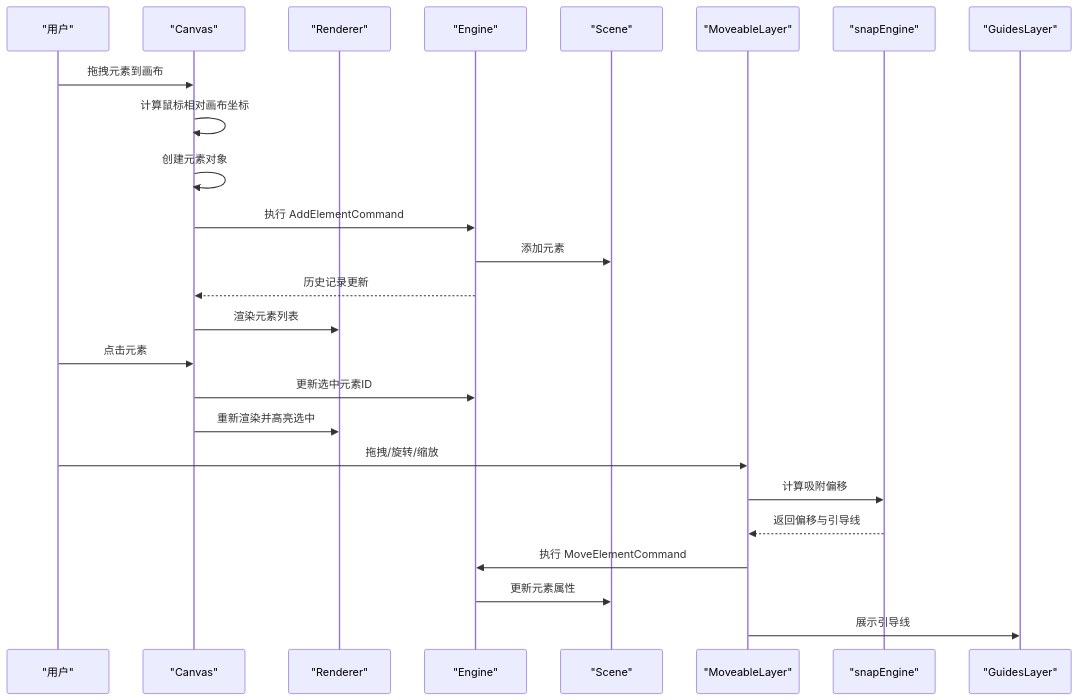
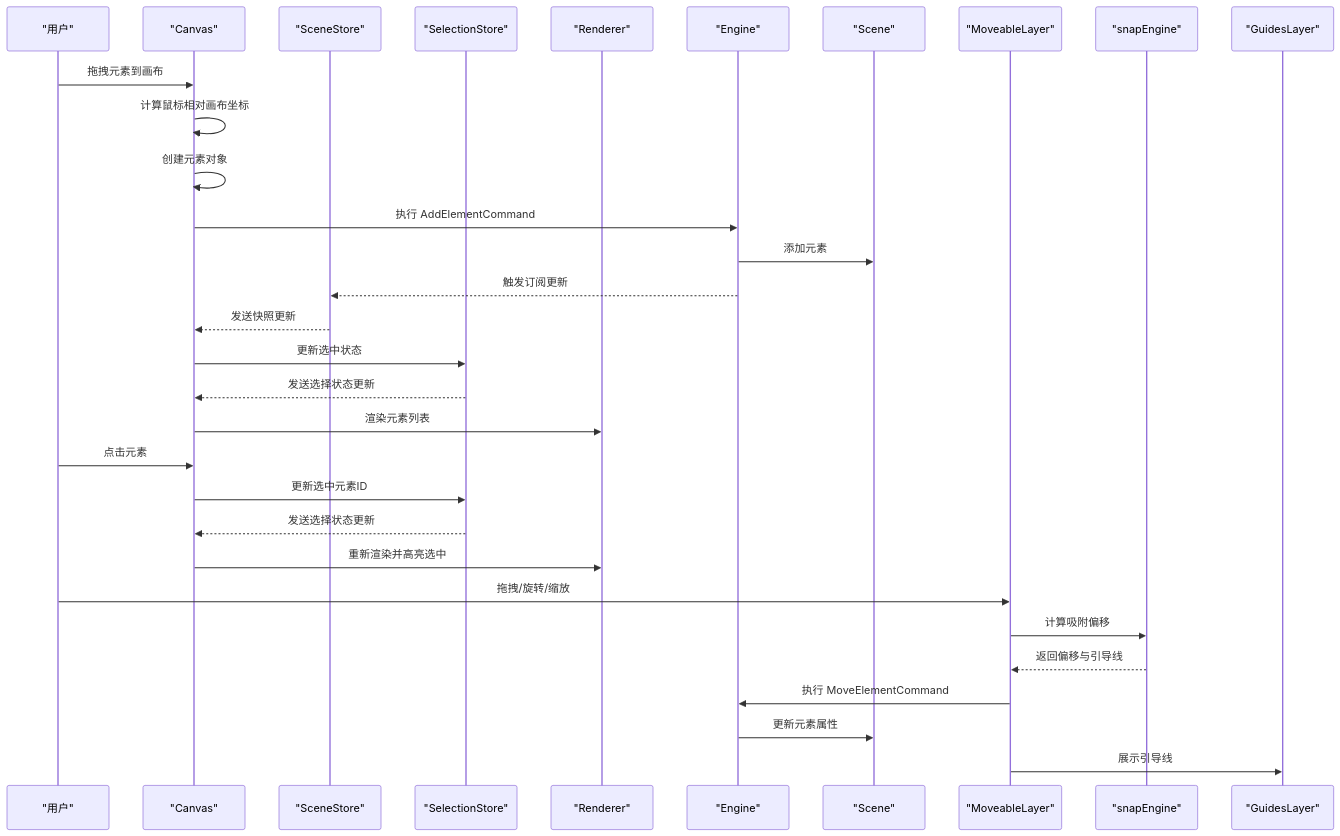
The second of 5 diagrams in .qoder/repowiki/zh/content/UI组件系统/画布组件 (Canvas).md (Anna0314zy/ai_editor_enginer), drawn with Mermaid before and after one commit. The commit also changed other lines of this file and 17 other files, not shown here.

````diff
--- a/.qoder/repowiki/zh/content/UI组件系统/画布组件 (Canvas).md
+++ b/.qoder/repowiki/zh/content/UI组件系统/画布组件 (Canvas).md
@@ -98,27 +131,33 @@
 ```mermaid
 sequenceDiagram
 participant User as "用户"
 participant Canvas as "Canvas"
+participant SceneStore as "SceneStore"
+participant SelectionStore as "SelectionStore"
 participant Renderer as "Renderer"
 participant Engine as "Engine"
 participant Scene as "Scene"
 participant Moveable as "MoveableLayer"
 participant Snap as "snapEngine"
 participant Guides as "GuidesLayer"
 User->>Canvas : 拖拽元素到画布
 Canvas->>Canvas : 计算鼠标相对画布坐标
 Canvas->>Canvas : 创建元素对象
 Canvas->>Engine : 执行 AddElementCommand
 Engine->>Scene : 添加元素
-Engine-->>Canvas : 历史记录更新
+Engine-->>SceneStore : 触发订阅更新
+SceneStore-->>Canvas : 发送快照更新
+Canvas->>SelectionStore : 更新选中状态
+SelectionStore-->>Canvas : 发送选择状态更新
 Canvas->>Renderer : 渲染元素列表
 User->>Canvas : 点击元素
-Canvas->>Engine : 更新选中元素ID
+Canvas->>SelectionStore : 更新选中元素ID
+SelectionStore-->>Canvas : 发送选择状态更新
 Canvas->>Renderer : 重新渲染并高亮选中
 User->>Moveable : 拖拽/旋转/缩放
 Moveable->>Snap : 计算吸附偏移
 Snap-->>Moveable : 返回偏移与引导线
 Moveable->>Engine : 执行 MoveElementCommand
 Engine->>Scene : 更新元素属性
 Moveable->>Guides : 展示引导线
 ```
````
